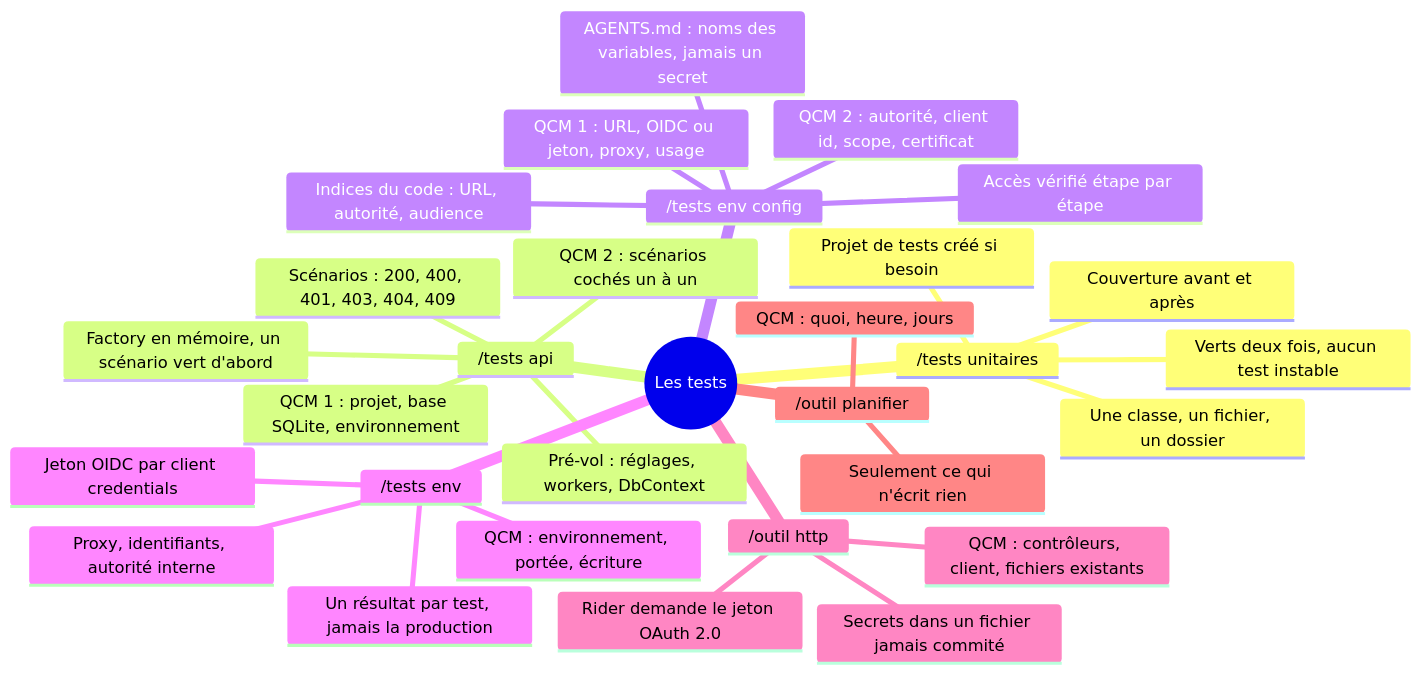
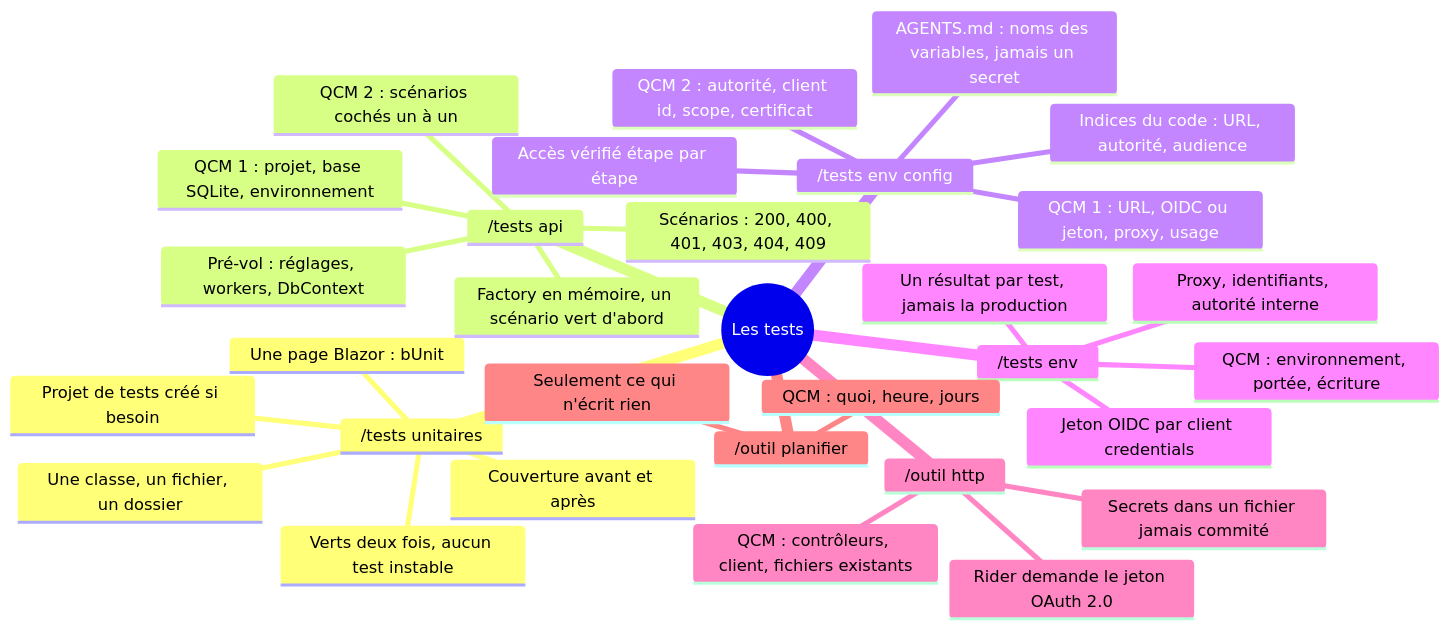
One commit to RabieDerouiche/OpenRDCode changed the third of 7 diagrams in opencode-v2/README.md. Above: the diagram before and after it, drawn with Mermaid. The commit also changed other lines of this file and 12 other files, not shown here.

First line of the commit message:
opencode-v2: /outil carte, the map of the flows generated from the pack; docs of the Blazorise replacement under bUnit tests

````diff
--- a/opencode-v2/README.md
+++ b/opencode-v2/README.md
@@ -136,33 +141,34 @@
 ```mermaid
 mindmap
   root((Les tests))
     /tests unitaires
       Une classe, un fichier, un dossier
       Couverture avant et après
       Verts deux fois, aucun test instable
       Projet de tests créé si besoin
+      Une page Blazor : bUnit
     /tests api
       Pré-vol : réglages, workers, DbContext
       QCM 1 : projet, base SQLite, environnement
       QCM 2 : scénarios cochés un à un
       Factory en mémoire, un scénario vert d'abord
       Scénarios : 200, 400, 401, 403, 404, 409
     /tests env config
       Indices du code : URL, autorité, audience
       QCM 1 : URL, OIDC ou jeton, proxy, usage
       QCM 2 : autorité, client id, scope, certificat
       AGENTS.md : noms des variables, jamais un secret
       Accès vérifié étape par étape
     /tests env
       QCM : environnement, portée, écriture
       Jeton OIDC par client credentials
       Proxy, identifiants, autorité interne
       Un résultat par test, jamais la production
     /outil http
       QCM : contrôleurs, client, fichiers existants
       Rider demande le jeton OAuth 2.0
       Secrets dans un fichier jamais commité
     /outil planifier
       QCM : quoi, heure, jours
       Seulement ce qui n'écrit rien
 ```
````
